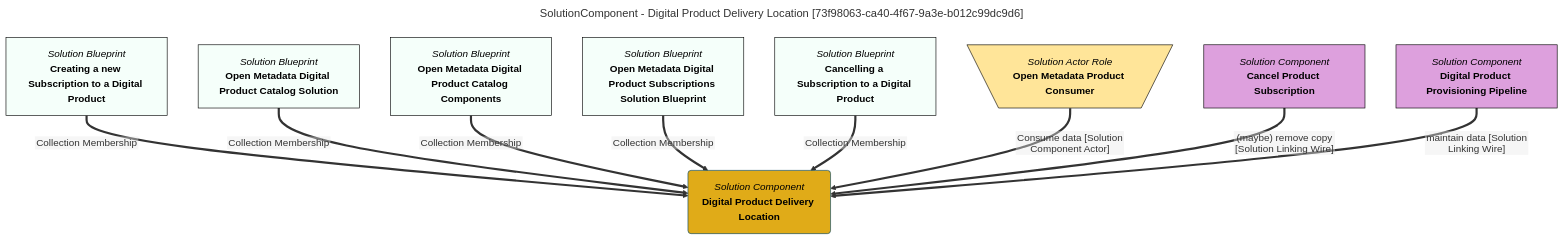
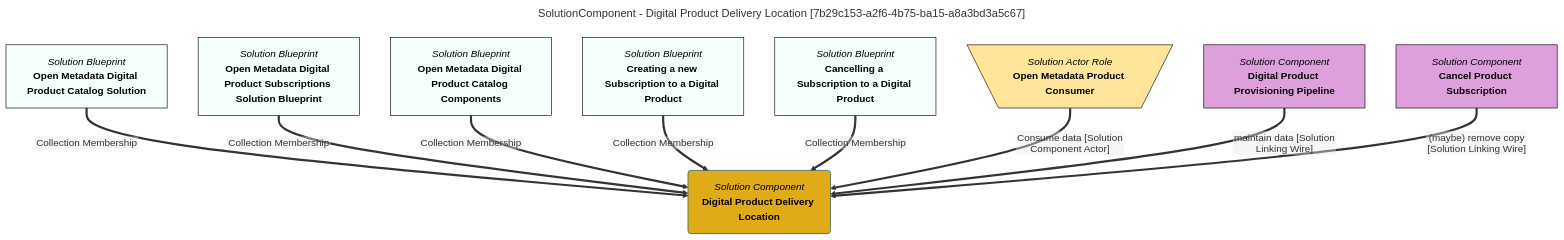
The diagram in site/snippets/blueprints/components/digital-product-delivery-location-mermaid-graph.md (odpi/egeria-docs), drawn with Mermaid before and after one commit. The commit also changed 2201 other files, not shown here.

````diff
--- a/site/snippets/blueprints/components/digital-product-delivery-location-mermaid-graph.md
+++ b/site/snippets/blueprints/components/digital-product-delivery-location-mermaid-graph.md
@@ -1,43 +1,43 @@
 ```mermaid
 ---
-title: SolutionComponent - Digital Product Delivery Location [73f98063-ca40-4f67-9a3e-b012c99dc9d6]
+title: SolutionComponent - Digital Product Delivery Location [7b29c153-a2f6-4b75-ba15-a8a3bd3a5c67]
 ---
 flowchart TD
 %%{init: {"flowchart": {"htmlLabels": false}} }%%
 
 1@{ shape: rounded, label: "*Solution Component*
 **Digital Product Delivery Location**"}
 2@{ shape: rect, label: "*Solution Blueprint*
-**Creating a new Subscription to a Digital Product**"}
+**Open Metadata Digital Product Catalog Solution**"}
 2==>|"Collection Membership"|1
 3@{ shape: rect, label: "*Solution Blueprint*
-**Open Metadata Digital Product Catalog Solution**"}
+**Open Metadata Digital Product Subscriptions Solution Blueprint**"}
 3==>|"Collection Membership"|1
 4@{ shape: rect, label: "*Solution Blueprint*
 **Open Metadata Digital Product Catalog Components**"}
 4==>|"Collection Membership"|1
 5@{ shape: rect, label: "*Solution Blueprint*
-**Open Metadata Digital Product Subscriptions Solution Blueprint**"}
+**Creating a new Subscription to a Digital Product**"}
 5==>|"Collection Membership"|1
 6@{ shape: rect, label: "*Solution Blueprint*
 **Cancelling a Subscription to a Digital Product**"}
 6==>|"Collection Membership"|1
 7@{ shape: trap-t, label: "*Solution Actor Role*
 **Open Metadata Product Consumer**"}
 7==>|"Consume data [Solution Component Actor]"|1
 8@{ shape: rect, label: "*Solution Component*
+**Digital Product Provisioning Pipeline**"}
+8==>|"maintain data [Solution Linking Wire]"|1
+9@{ shape: rect, label: "*Solution Component*
 **Cancel Product Subscription**"}
-8==>|"(maybe) remove copy [Solution Linking Wire]"|1
-9@{ shape: rect, label: "*Solution Component*
-**Digital Product Provisioning Pipeline**"}
-9==>|"maintain data [Solution Linking Wire]"|1
+9==>|"(maybe) remove copy [Solution Linking Wire]"|1
 style 1 color:#000000, fill:#e0ab18, stroke:#004563
 style 2 color:#000000, fill:#f5fffa, stroke:#000000
 style 3 color:#000000, fill:#f5fffa, stroke:#000000
 style 4 color:#000000, fill:#f5fffa, stroke:#000000
 style 5 color:#000000, fill:#f5fffa, stroke:#000000
 style 6 color:#000000, fill:#f5fffa, stroke:#000000
 style 7 color:#000000, fill:#FFE599, stroke:#000000
-style 8 color:#000000, fill:#dda0dd, stroke:#000000
-style 9 color:#000000, fill:#dda0dd, stroke:#000000
+style 8 color:#000000, fill:#DDA0DD, stroke:#000000
+style 9 color:#000000, fill:#DDA0DD, stroke:#000000
 ```
````
